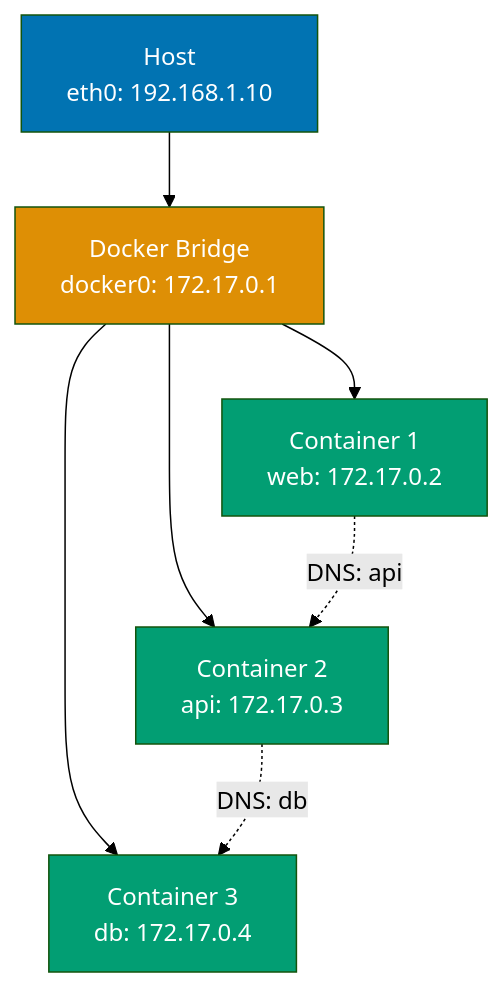
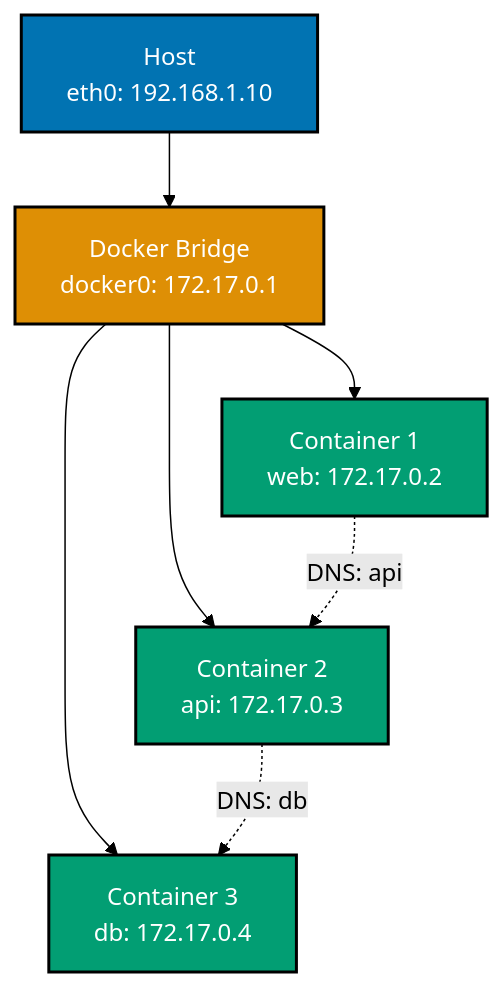
Before and after one commit to wahidyankf/open-sharia-enterprise: the seventh of 8 diagrams in apps/ayokoding-web/content/en/learn/software-engineering/infrastructure/tools/docker/by-example/beginner.md, drawn with Mermaid (forest theme). The commit also changed other lines of this file and 25 other files, not shown here.

````diff
--- a/apps/ayokoding-web/content/en/learn/software-engineering/infrastructure/tools/docker/by-example/beginner.md
+++ b/apps/ayokoding-web/content/en/learn/software-engineering/infrastructure/tools/docker/by-example/beginner.md
@@ -1272,16 +1278,17 @@
 ```mermaid
+%% Color Palette: Blue #0173B2, Orange #DE8F05, Teal #029E73, Purple #CC78BC, Brown #CA9161
 %% Bridge network topology
 graph TD
  A["Host<br/>eth0: 192.168.1.10"] --> B["Docker Bridge<br/>docker0: 172.17.0.1"]
  B --> C["Container 1<br/>web: 172.17.0.2"]
  B --> D["Container 2<br/>api: 172.17.0.3"]
  B --> E["Container 3<br/>db: 172.17.0.4"]
  C -.->|"DNS: api"| D
  D -.->|"DNS: db"| E
 
- style A fill:#0173B2,color:#fff
- style B fill:#DE8F05,color:#fff
- style C fill:#029E73,color:#fff
- style D fill:#029E73,color:#fff
- style E fill:#029E73,color:#fff
+ style A fill:#0173B2,stroke:#000000,stroke-width:2px,color:#fff
+ style B fill:#DE8F05,stroke:#000000,stroke-width:2px,color:#fff
+ style C fill:#029E73,stroke:#000000,stroke-width:2px,color:#fff
+ style D fill:#029E73,stroke:#000000,stroke-width:2px,color:#fff
+ style E fill:#029E73,stroke:#000000,stroke-width:2px,color:#fff
 ```
````
